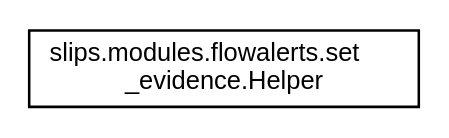
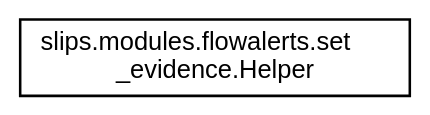
Before and after one commit to stratosphereips/StratosphereLinuxIPS: the diagram in docs/inherit_graph_4.dot, drawn with Graphviz. The commit also changed 345 other files, not shown here.

```diff
--- a/docs/inherit_graph_4.dot
+++ b/docs/inherit_graph_4.dot
@@ -1,8 +1,9 @@
 digraph "Graphical Class Hierarchy"
 {
  // LATEX_PDF_SIZE
+  bgcolor="transparent";
   edge [fontname="Helvetica",fontsize="10",labelfontname="Helvetica",labelfontsize="10"];
   node [fontname="Helvetica",fontsize="10",shape=record];
   rankdir="LR";
-  Node0 [label="slips.modules.flowalerts.set\l_evidence.Helper",height=0.2,width=0.4,color="black", fillcolor="white", style="filled",URL="$d6/d70/classslips_1_1modules_1_1flowalerts_1_1set__evidence_1_1Helper.html",tooltip=" "];
+  Node0 [label="slips.modules.flowalerts.set\l_evidence.Helper",height=0.2,width=0.4,color="black",URL="$d2/ddf/classslips_1_1modules_1_1flowalerts_1_1set__evidence_1_1_helper.html",tooltip=" "];
 }
```
